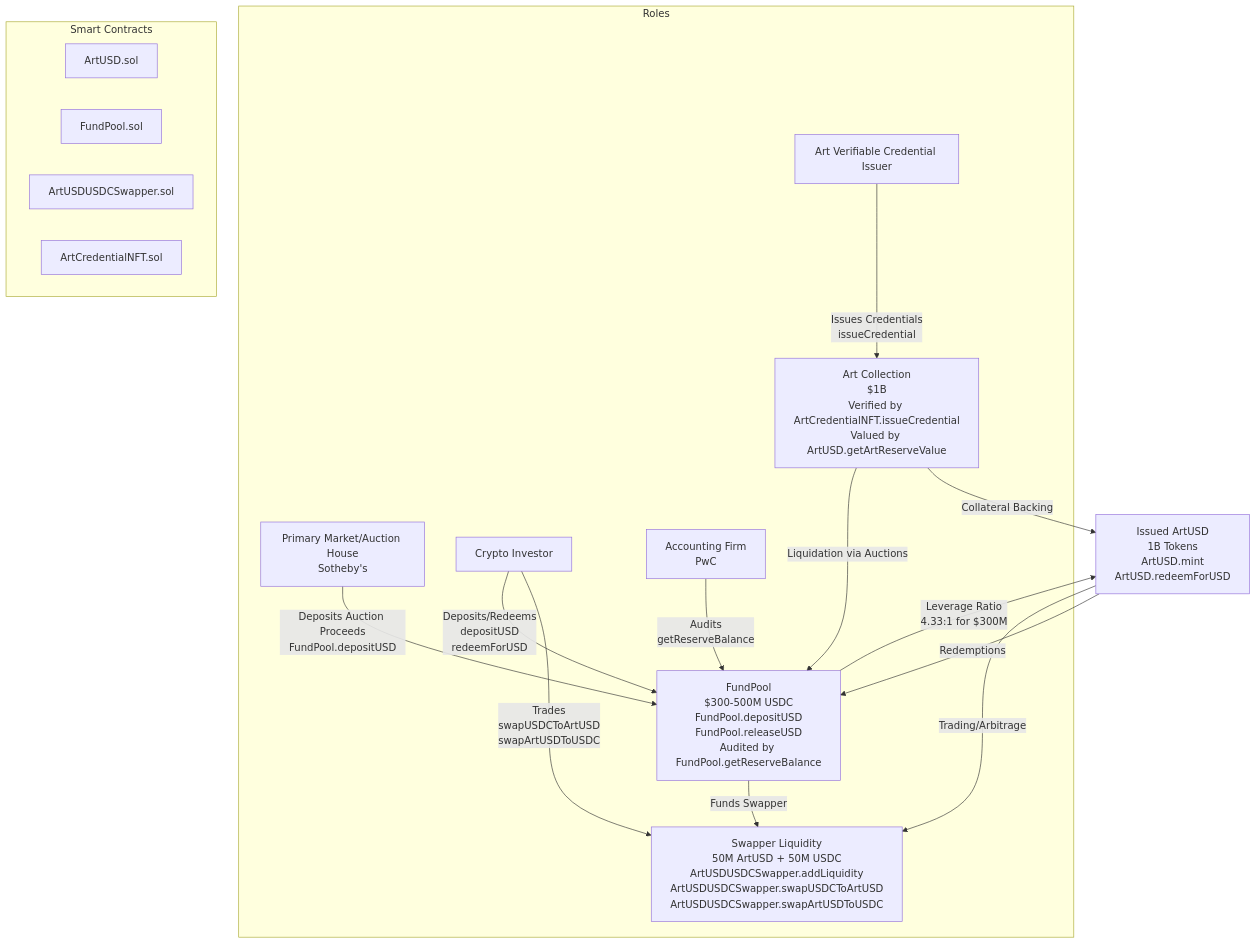
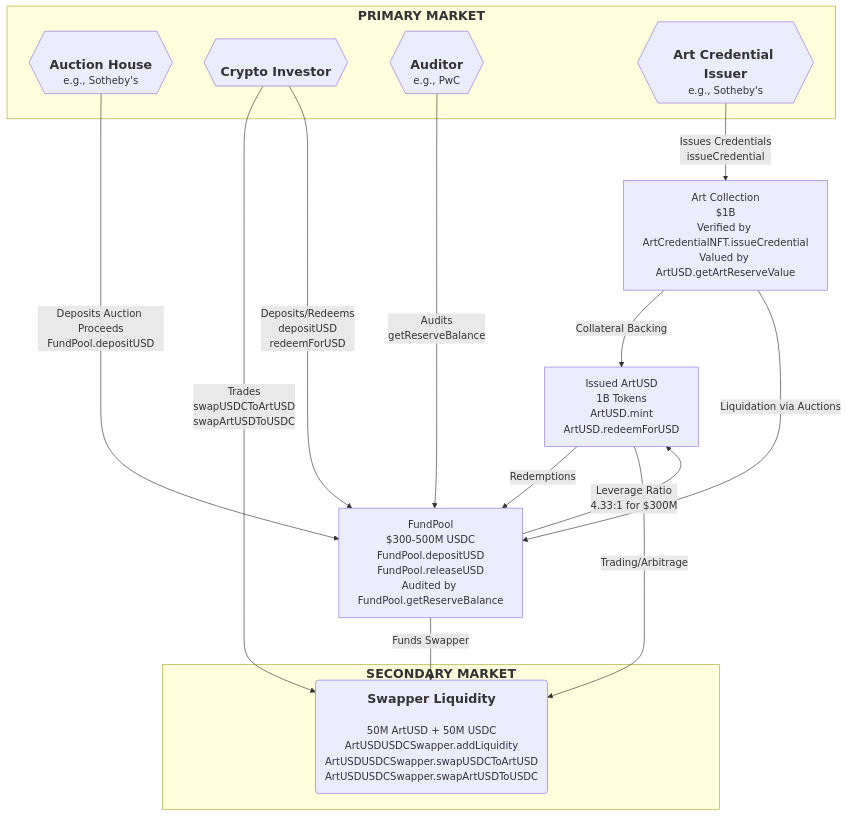
Before and after one commit to realmatterio/ArtUSD: the second of 2 diagrams in README.md, drawn with Mermaid. The commit also changed other lines of this file, not shown here.

````diff
--- a/README.md
+++ b/README.md
@@ -530,27 +272,31 @@
 ```mermaid
 
 graph TD
+
     A[Art Collection<br>$1B<br>Verified by ArtCredentialNFT.issueCredential<br>Valued by ArtUSD.getArtReserveValue] -->|Collateral Backing| B[Issued ArtUSD<br>1B Tokens<br>ArtUSD.mint<br>ArtUSD.redeemForUSD]
     A -->|Liquidation via Auctions| C[FundPool<br>$300-500M USDC<br>FundPool.depositUSD<br>FundPool.releaseUSD<br>Audited by FundPool.getReserveBalance]
     
     B -->|Redemptions| C
     B -->|Trading/Arbitrage| D[Swapper Liquidity<br>50M ArtUSD + 50M USDC<br>ArtUSDUSDCSwapper.addLiquidity<br>ArtUSDUSDCSwapper.swapUSDCToArtUSD<br>ArtUSDUSDCSwapper.swapArtUSDToUSDC]
     
     C -->|Funds Swapper| D
     C -->|Leverage Ratio<br>4.33:1 for $300M<br>| B
     
-    subgraph Roles
-        E[Primary Market/Auction House<br>Sotheby's] -->|Deposits Auction Proceeds<br>FundPool.depositUSD| C
-        F[Crypto Investor] -->|Trades<br>swapUSDCToArtUSD<br>swapArtUSDToUSDC| D
-        F -->|Deposits/Redeems<br>depositUSD<br>redeemForUSD| C
-        G[Accounting Firm<br>PwC] -->|Audits<br>getReserveBalance| C
-        H[Art Verifiable Credential Issuer] -->|Issues Credentials<br>issueCredential| A
+    E[Primary Market/Auction House<br>Sotheby's] -->|Deposits Auction Proceeds<br>FundPool.depositUSD| C
+    F[Crypto Investor] -->|Trades<br>swapUSDCToArtUSD<br>swapArtUSDToUSDC| D
+    F -->|Deposits/Redeems<br>depositUSD<br>redeemForUSD| C
+    G[Accounting Firm<br>PwC] -->|Audits<br>getReserveBalance| C
+    H[Art Verifiable Credential Issuer] -->|Issues Credentials<br>issueCredential| A
+
+    subgraph "`<b style="font-size: 20px;">PRIMARY MARKET</b>`"
+        E{{<b style="font-size: 20px;"><br>Auction House<br></b>e.g., Sotheby's}}
+        F{{<b style="font-size: 20px;"><br>Crypto Investor</b>}}
+        G{{<b style="font-size: 20px;"><br>Auditor<br></b>e.g., PwC}}
+        H{{<b style="font-size: 20px;"><br>Art Credential Issuer<br></b>e.g., Sotheby's}}
     end
-    
-    subgraph Smart Contracts
-        I[ArtUSD.sol]
-        J[FundPool.sol]
-        K[ArtUSDUSDCSwapper.sol]
-        L[ArtCredentialNFT.sol]
+
+    subgraph "`<b style="font-size: 20px;">SECONDARY MARKET</b>`"
+        D(<b style="font-size: 20px;">Swapper Liquidity<br></b><br>50M ArtUSD + 50M USDC<br>ArtUSDUSDCSwapper.addLiquidity<br>ArtUSDUSDCSwapper.swapUSDCToArtUSD<br>ArtUSDUSDCSwapper.swapArtUSDToUSDC)
     end
+
 ```
````
